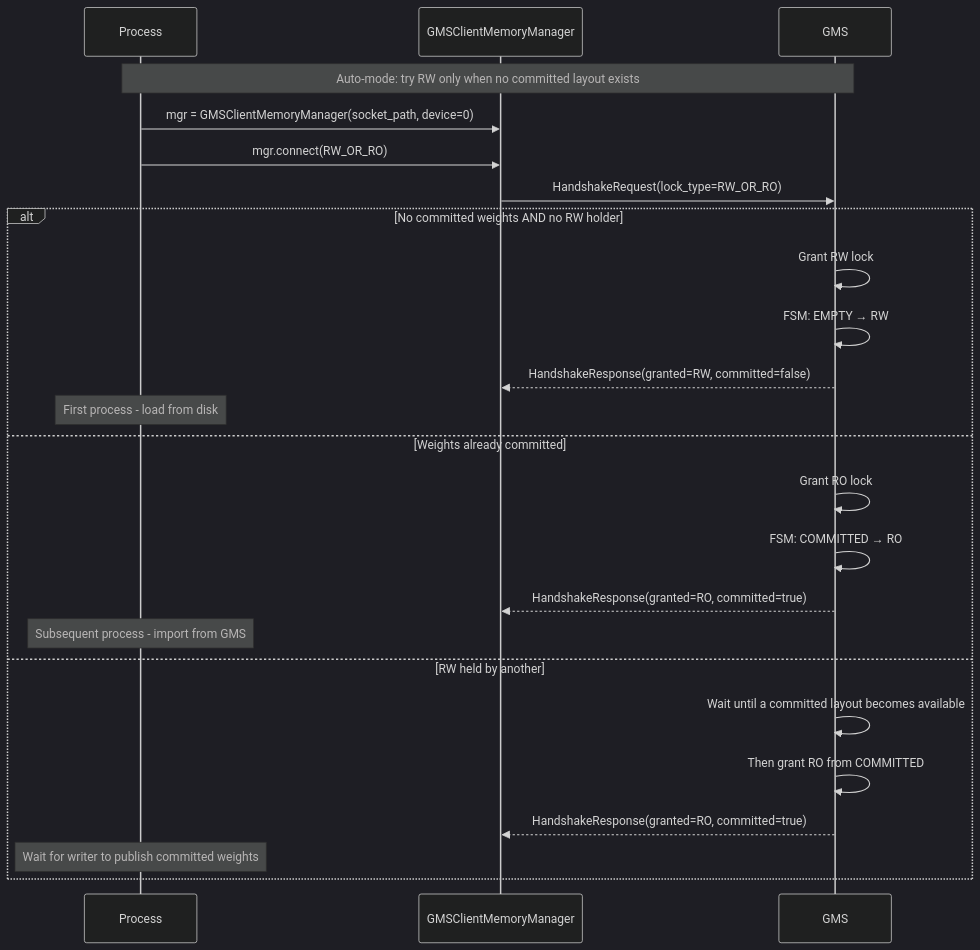
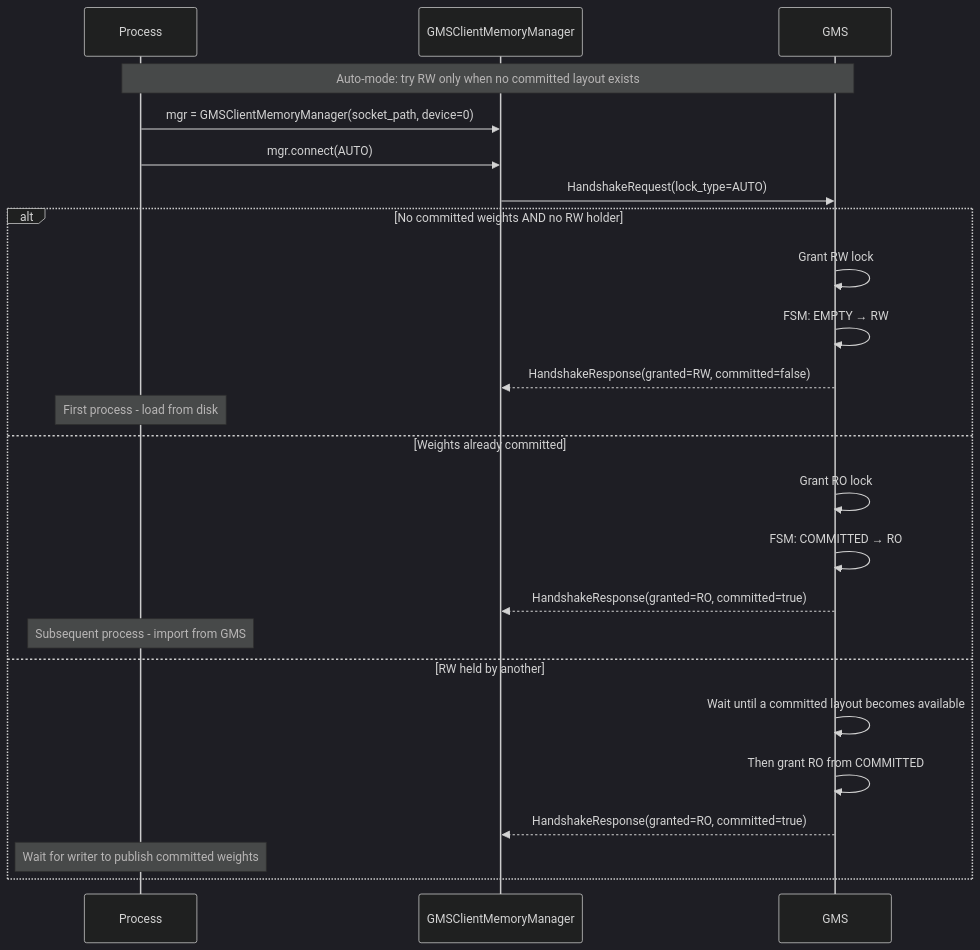
One commit to ai-dynamo/dynamo changed the eighth of 8 diagrams in lib/gpu_memory_service/README.md. Above: the diagram before and after it, drawn with Mermaid (dark theme). The commit also changed other lines of this file and 16 other files, not shown here.

````diff
--- a/lib/gpu_memory_service/README.md
+++ b/lib/gpu_memory_service/README.md
@@ -366,29 +366,29 @@
 ```mermaid
 sequenceDiagram
     participant P as Process
     participant C as GMSClientMemoryManager
     participant S as GMS
 
     Note over P,S: Auto-mode: try RW only when no committed layout exists
 
     P->>C: mgr = GMSClientMemoryManager(socket_path, device=0)
-    P->>C: mgr.connect(RW_OR_RO)
-    C->>S: HandshakeRequest(lock_type=RW_OR_RO)
+    P->>C: mgr.connect(AUTO)
+    C->>S: HandshakeRequest(lock_type=AUTO)
 
     alt No committed weights AND no RW holder
         S->>S: Grant RW lock
         S->>S: FSM: EMPTY → RW
         S-->>C: HandshakeResponse(granted=RW, committed=false)
         Note over P: First process - load from disk
     else Weights already committed
         S->>S: Grant RO lock
         S->>S: FSM: COMMITTED → RO
         S-->>C: HandshakeResponse(granted=RO, committed=true)
         Note over P: Subsequent process - import from GMS
     else RW held by another
         S->>S: Wait until a committed layout becomes available
         S->>S: Then grant RO from COMMITTED
         S-->>C: HandshakeResponse(granted=RO, committed=true)
         Note over P: Wait for writer to publish committed weights
     end
 ```
````
